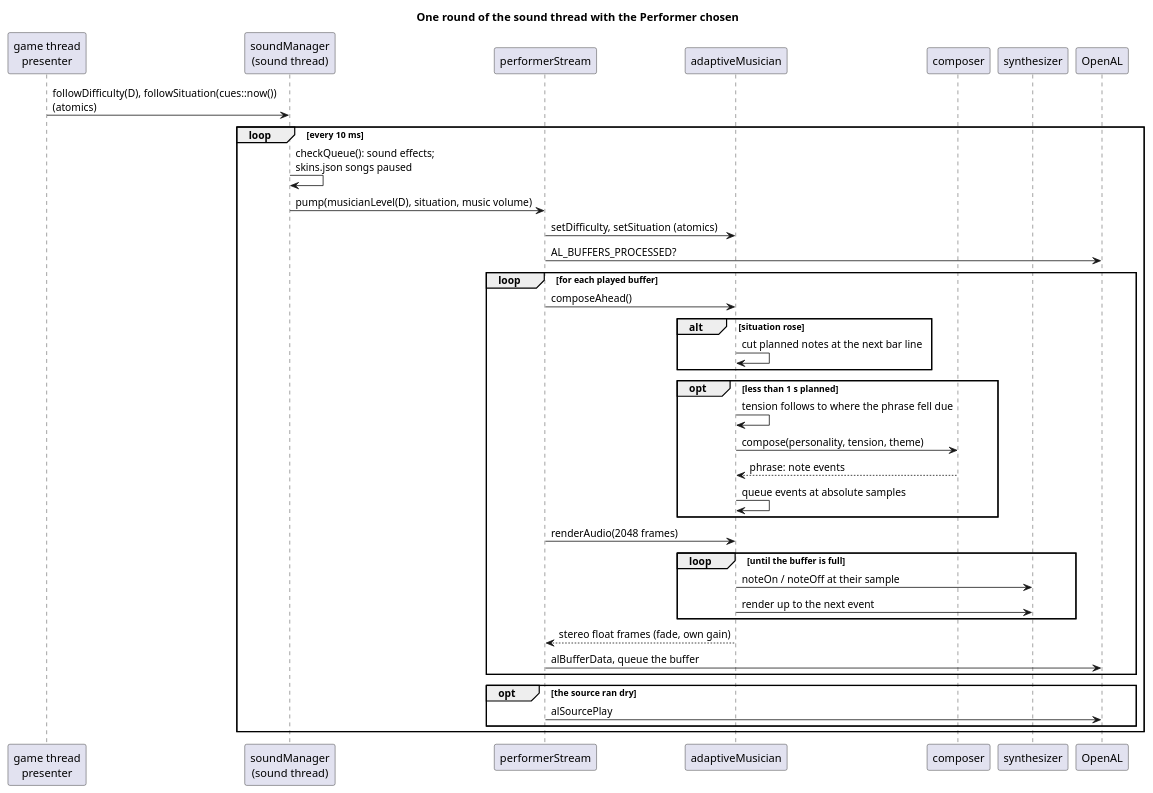
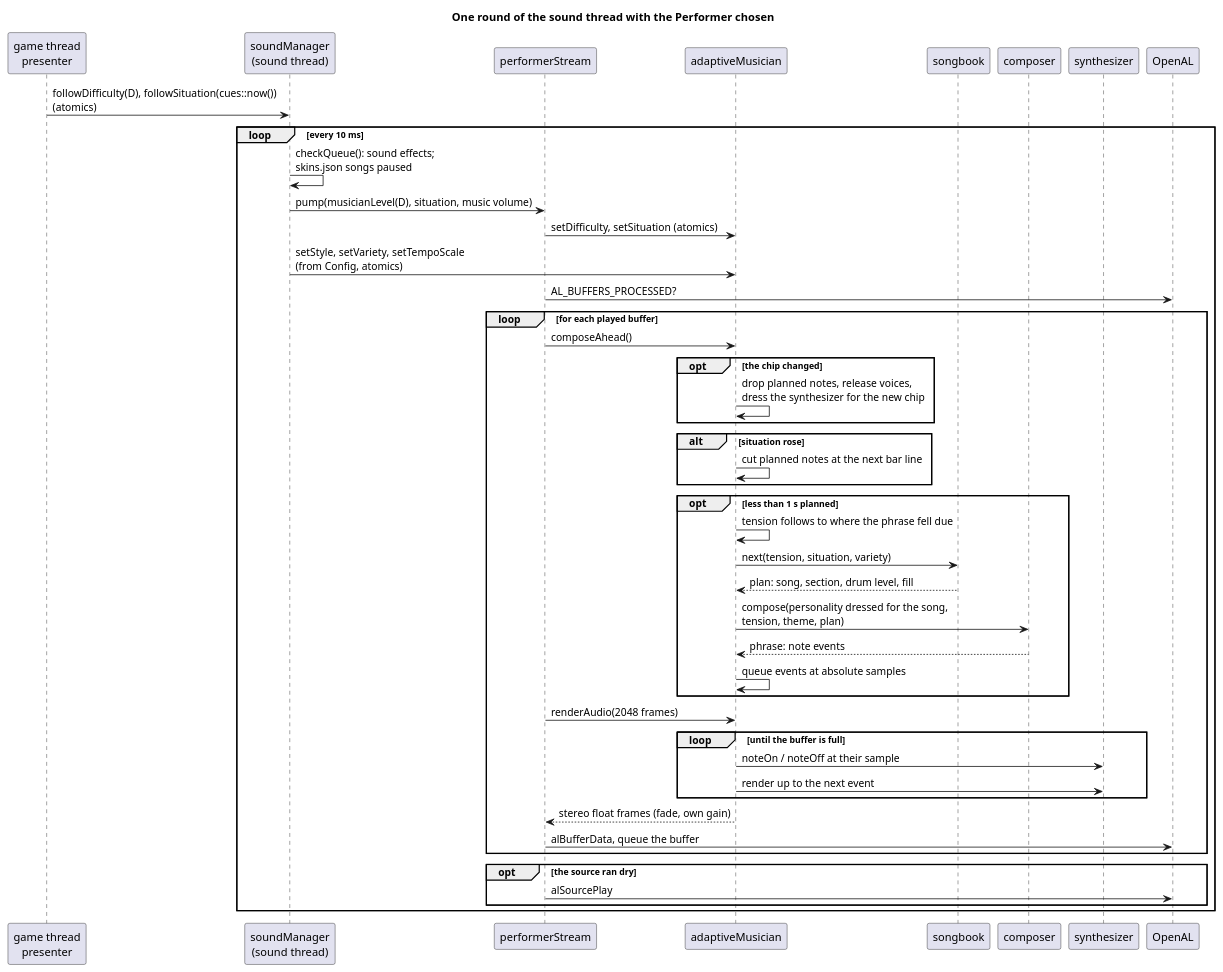
One commit to arielkonopka/Gardens-of-Eris changed the diagram in docs/diagrams/16-musician-audio-sequence.puml. Above: the diagram before and after it, drawn with PlantUML. The commit also changed 32 other files, not shown here.

```diff
--- a/docs/diagrams/16-musician-audio-sequence.puml
+++ b/docs/diagrams/16-musician-audio-sequence.puml
@@ -1,40 +1,47 @@
 @startuml
 title One round of the sound thread with the Performer chosen
 participant "game thread\npresenter" as game
 participant "soundManager\n(sound thread)" as sm
 participant performerStream as stream
 participant adaptiveMusician as m
+participant songbook
 participant composer
 participant synthesizer as synth
 participant OpenAL as al
 
 game -> sm : followDifficulty(D), followSituation(cues::now())\n(atomics)
 loop every 10 ms
   sm -> sm : checkQueue(): sound effects;\nskins.json songs paused
   sm -> stream : pump(musicianLevel(D), situation, music volume)
   stream -> m : setDifficulty, setSituation (atomics)
+  sm -> m : setStyle, setVariety, setTempoScale\n(from Config, atomics)
   stream -> al : AL_BUFFERS_PROCESSED?
   loop for each played buffer
     stream -> m : composeAhead()
+    opt the chip changed
+      m -> m : drop planned notes, release voices,\ndress the synthesizer for the new chip
+    end
     alt situation rose
       m -> m : cut planned notes at the next bar line
     end
     opt less than 1 s planned
       m -> m : tension follows to where the phrase fell due
-      m -> composer : compose(personality, tension, theme)
+      m -> songbook : next(tension, situation, variety)
+      songbook --> m : plan: song, section, drum level, fill
+      m -> composer : compose(personality dressed for the song,\ntension, theme, plan)
       composer --> m : phrase: note events
       m -> m : queue events at absolute samples
     end
     stream -> m : renderAudio(2048 frames)
     loop until the buffer is full
       m -> synth : noteOn / noteOff at their sample
       m -> synth : render up to the next event
     end
     m --> stream : stereo float frames (fade, own gain)
     stream -> al : alBufferData, queue the buffer
   end
   opt the source ran dry
     stream -> al : alSourcePlay
   end
 end
 @enduml
```
